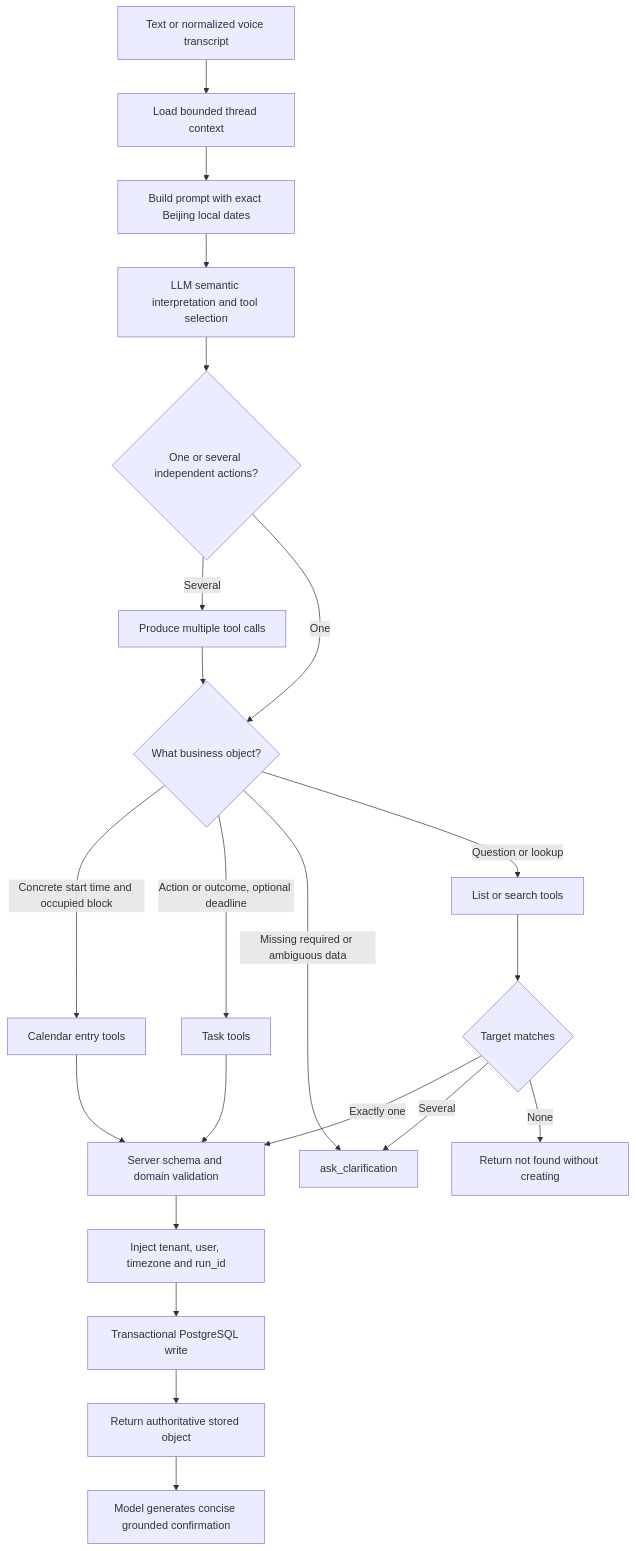
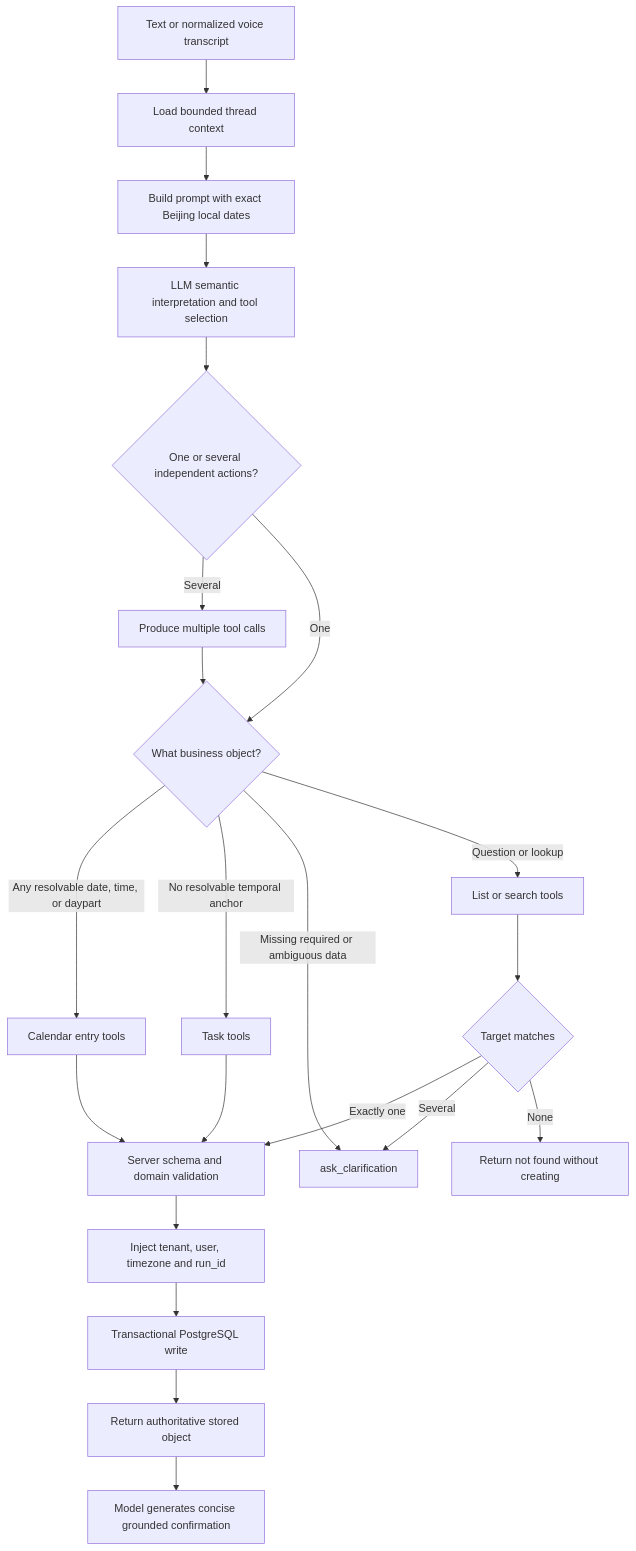
One commit to Notryag/dayboard changed the second of 3 diagrams in docs/architecture.md. Above: the diagram before and after it, drawn with Mermaid. The commit also changed other lines of this file and 11 other files, not shown here.

````diff
--- a/docs/architecture.md
+++ b/docs/architecture.md
@@ -264,28 +264,28 @@
 ```mermaid
 flowchart TD
     Input[Text or normalized voice transcript] --> Context[Load bounded thread context]
     Context --> Prompt[Build prompt with exact Beijing local dates]
     Prompt --> Model[LLM semantic interpretation and tool selection]
 
     Model --> Split{One or several independent actions?}
     Split -->|Several| Calls[Produce multiple tool calls]
     Split -->|One| Object{What business object?}
     Calls --> Object
 
-    Object -->|Concrete start time and occupied block| Calendar[Calendar entry tools]
-    Object -->|Action or outcome, optional deadline| Task[Task tools]
+    Object -->|Any resolvable date, time, or daypart| Calendar[Calendar entry tools]
+    Object -->|No resolvable temporal anchor| Task[Task tools]
     Object -->|Missing required or ambiguous data| Clarify[ask_clarification]
     Object -->|Question or lookup| Search[List or search tools]
 
     Calendar --> Validate[Server schema and domain validation]
     Task --> Validate
     Search --> Match{Target matches}
     Match -->|Exactly one| Validate
     Match -->|Several| Clarify
     Match -->|None| Explain[Return not found without creating]
 
     Validate --> Inject[Inject tenant, user, timezone and run_id]
     Inject --> Persist[Transactional PostgreSQL write]
     Persist --> Result[Return authoritative stored object]
     Result --> Reply[Model generates concise grounded confirmation]
 ```
````
